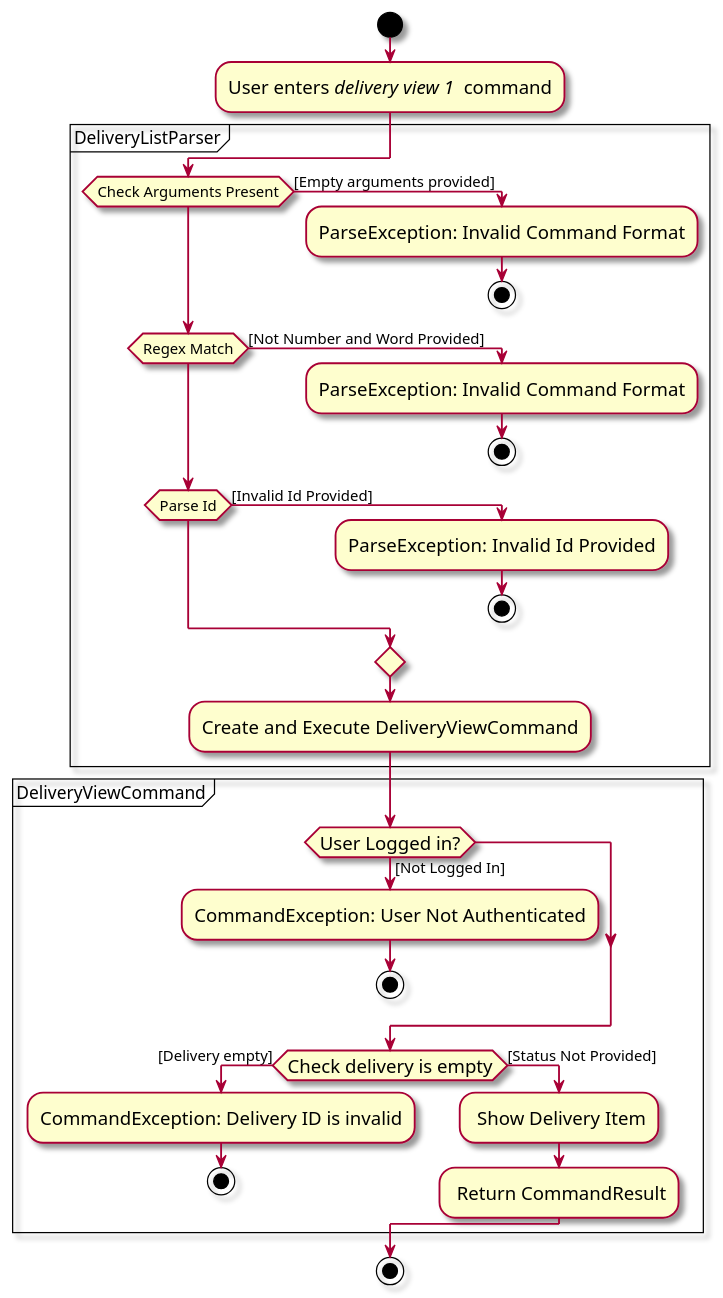
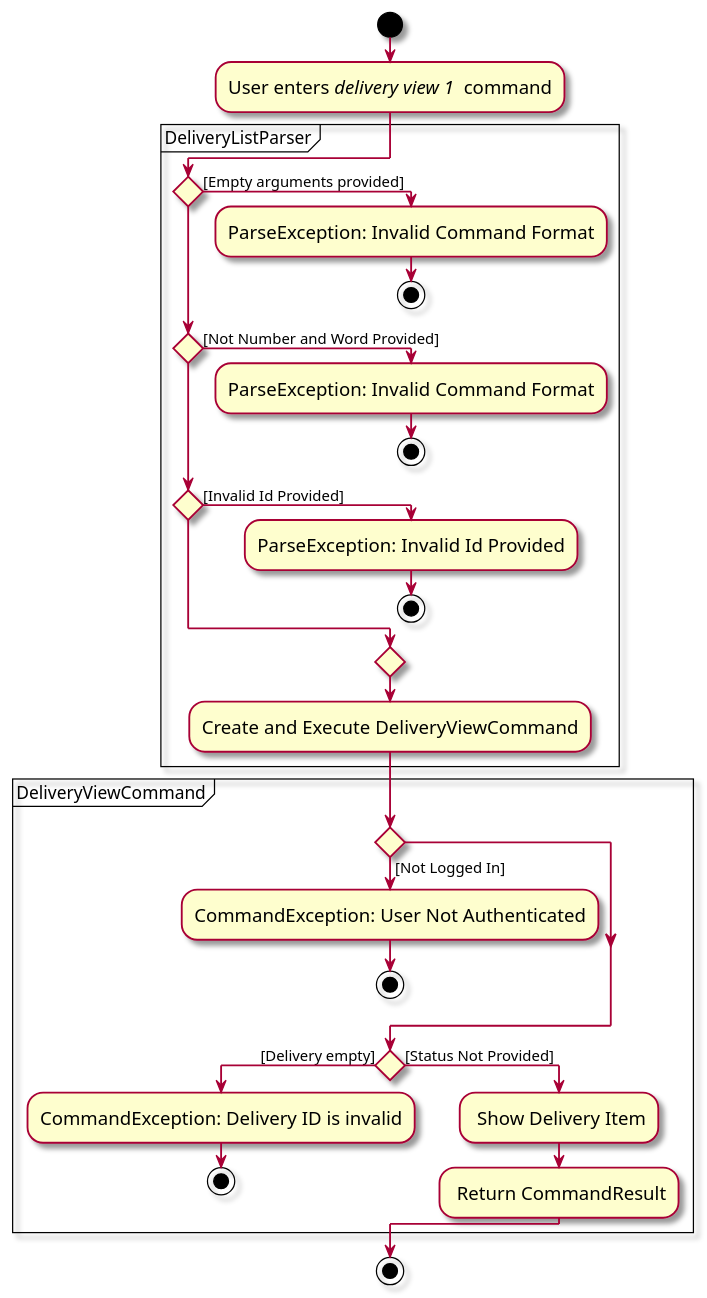
One commit to zhonghan721/tp changed the diagram in docs/diagrams/implementation/delivery/DeliveryViewActivityDiagram.puml. Above: the diagram before and after it, drawn with PlantUML. The commit also changed 1 other file, not shown here.

```diff
--- a/docs/diagrams/implementation/delivery/DeliveryViewActivityDiagram.puml
+++ b/docs/diagrams/implementation/delivery/DeliveryViewActivityDiagram.puml
@@ -1,39 +1,39 @@
 @startuml
 skin rose
 skinparam ActivityFontSize 15
 skinparam ArrowFontSize 12
 
 !pragma useVerticalIf on
 start
 :User enters <i>delivery view 1 </i> command;
 partition DeliveryListParser {
-    if (Check Arguments Present) then ([Empty arguments provided])
+    if () then ([Empty arguments provided])
         :ParseException: Invalid Command Format;
         stop
-    elseif (Regex Match) then ([Not Number and Word Provided])
+    elseif () then ([Not Number and Word Provided])
         :ParseException: Invalid Command Format;
         stop
-    elseif (Parse Id) then ([Invalid Id Provided])
+    elseif () then ([Invalid Id Provided])
         :ParseException: Invalid Id Provided;
         stop
     endif
     :Create and Execute DeliveryViewCommand;
 }
 
 partition DeliveryViewCommand {
-    if (User Logged in?) then ([Not Logged In])
+    if () then ([Not Logged In])
         :CommandException: User Not Authenticated;
         stop
     endif
-    if (Check delivery is empty) then ([Delivery empty])
+    if () then ([Delivery empty])
         :CommandException: Delivery ID is invalid;
         stop
     else ([Status Not Provided])
         : Show Delivery Item;
         : Return CommandResult;
     endif
 }
 
 stop
 
 @enduml
```
